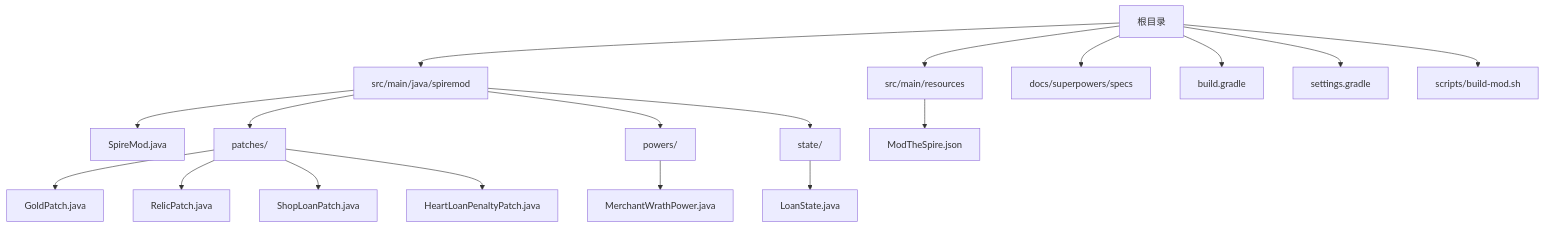
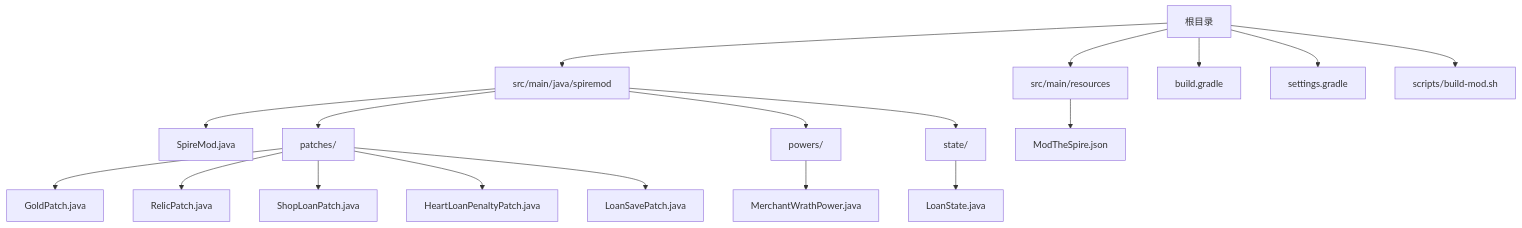
Before and after one commit to StephenZhuang/SpireMod: the first of 12 diagrams in .qoder/repowiki/zh/content/技术架构/技术架构.md, drawn with Mermaid. The commit also changed other lines of this file and 35 other files, not shown here.

````diff
--- a/.qoder/repowiki/zh/content/技术架构/技术架构.md
+++ b/.qoder/repowiki/zh/content/技术架构/技术架构.md
@@ -62,20 +69,20 @@
 ```mermaid
 graph TB
 A["根目录"] --> B["src/main/java/spiremod"]
 A --> C["src/main/resources"]
-A --> D["docs/superpowers/specs"]
-A --> E["build.gradle"]
-A --> F["settings.gradle"]
-A --> G["scripts/build-mod.sh"]
+A --> D["build.gradle"]
+A --> E["settings.gradle"]
+A --> F["scripts/build-mod.sh"]
 B --> B1["SpireMod.java"]
 B --> B2["patches/"]
 B --> B3["powers/"]
 B --> B4["state/"]
 B2 --> B2a["GoldPatch.java"]
 B2 --> B2b["RelicPatch.java"]
 B2 --> B2c["ShopLoanPatch.java"]
 B2 --> B2d["HeartLoanPenaltyPatch.java"]
+B2 --> B2e["LoanSavePatch.java"]
 B3 --> B3a["MerchantWrathPower.java"]
 B4 --> B4a["LoanState.java"]
 C --> C1["ModTheSpire.json"]
 ```
````
